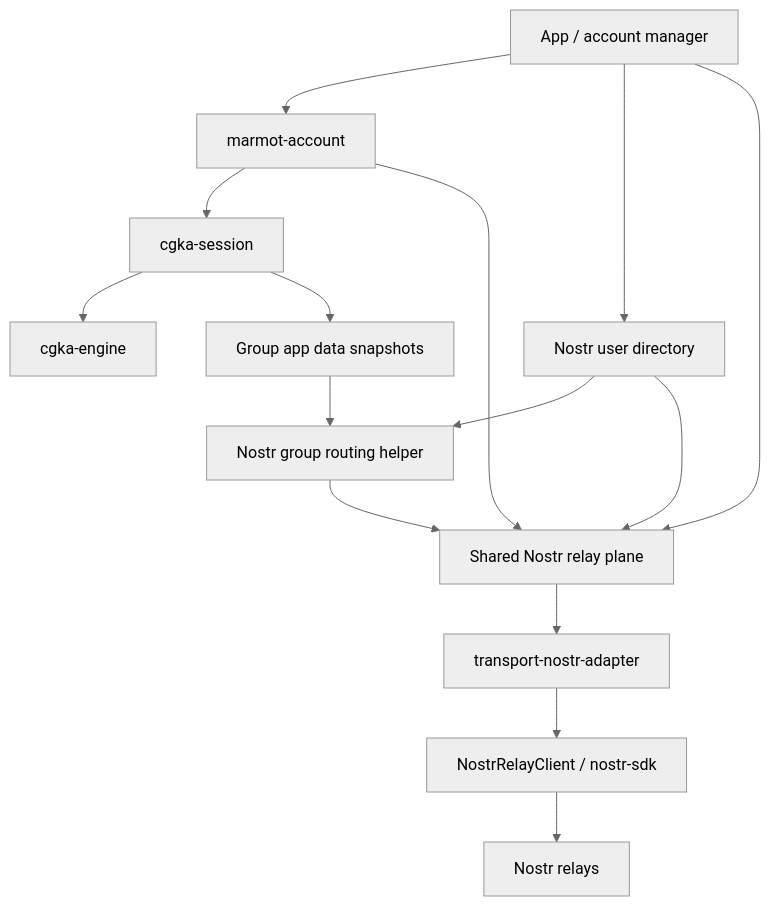
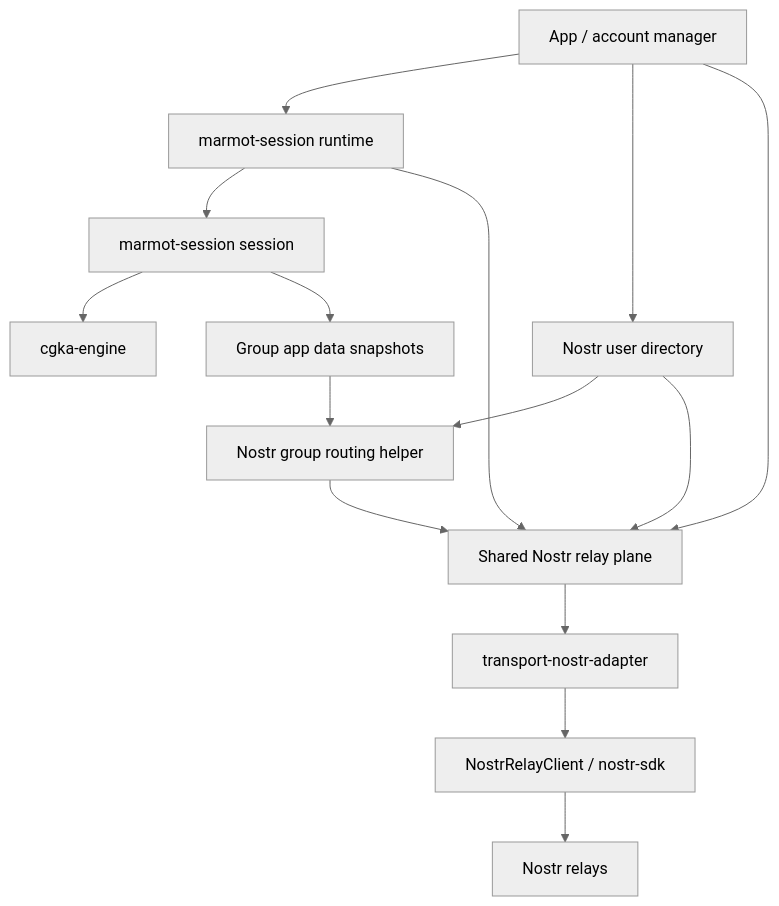
One commit to marmot-protocol/mdk changed the diagram in docs/marmot-architecture/overview/nostr-account-transport.md. Above: the diagram before and after it, drawn with Mermaid (neutral theme). The commit also changed other lines of this file and 84 other files, not shown here.

First line of the commit message:
Move the lower stack into marmot-session

````diff
--- a/docs/marmot-architecture/overview/nostr-account-transport.md
+++ b/docs/marmot-architecture/overview/nostr-account-transport.md
@@ -123,21 +123,21 @@
 ```mermaid
 flowchart TD
-  App["App / account manager"] --> Runtime["marmot-account"]
-  Runtime --> Session["cgka-session"]
+  App["App / account manager"] --> Runtime["marmot-session runtime"]
+  Runtime --> Session["marmot-session session"]
   Session --> Engine["cgka-engine"]
 
   App --> Directory["Nostr user directory"]
   App --> RelayPlane["Shared Nostr relay plane"]
 
   Session --> GroupState["Group app data snapshots"]
   GroupState --> Routing["Nostr group routing helper"]
   Directory --> Routing
 
   Routing --> RelayPlane
   Directory --> RelayPlane
   Runtime --> RelayPlane
 
   RelayPlane --> Adapter["transport-nostr-adapter"]
   Adapter --> RelayClient["NostrRelayClient / nostr-sdk"]
   RelayClient --> Relays["Nostr relays"]
 ```
````
